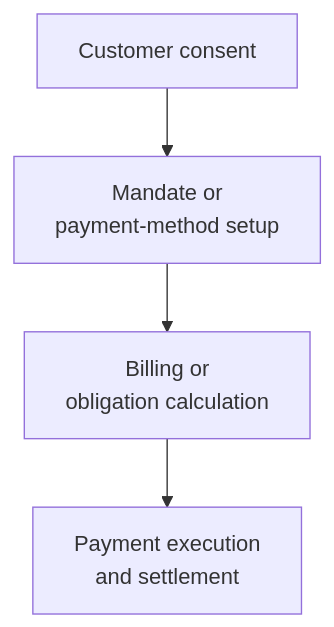
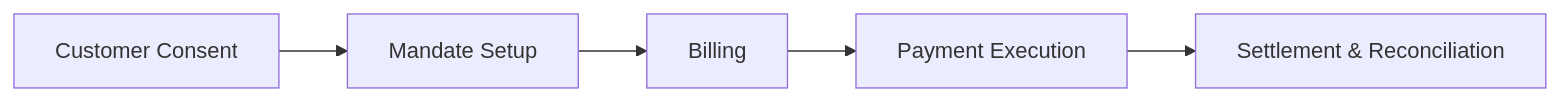
The first of 14 diagrams in src/content/payments/mandates-recurring.md (AvadhBhalodiya/Interview-Preparation), drawn with Mermaid before and after one commit. The commit also changed other lines of this file and 54 other files, not shown here.

````diff
--- a/src/content/payments/mandates-recurring.md
+++ b/src/content/payments/mandates-recurring.md
@@ -59,6 +65,7 @@
 ```mermaid
-flowchart TD
-    CONSENT[Customer consent] --> SETUP[Mandate or<br/>payment-method setup]
-    SETUP --> BILLING[Billing or<br/>obligation calculation]
-    BILLING --> EXEC[Payment execution<br/>and settlement]
+flowchart LR
+    C[Customer Consent] --> M[Mandate Setup]
+    M --> B[Billing]
+    B --> P[Payment Execution]
+    P --> S[Settlement & Reconciliation]
 ```
````
